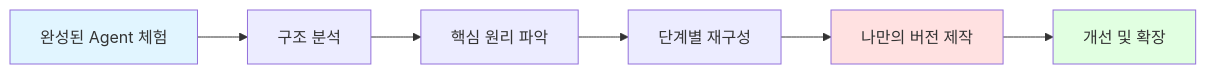
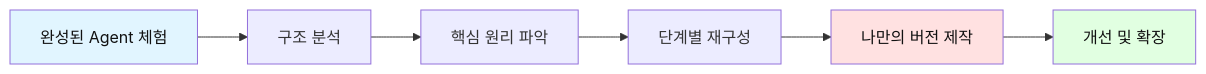
The second of 23 diagrams in documents/6차식/6차시_고등_대화형스토리Agent_역공부.md (Collegenie-X/AIMakerLab_Web), drawn with Mermaid before and after one commit. The commit also changed other lines of this file and 24 other files, not shown here.

````diff
--- a/documents/6차식/6차시_고등_대화형스토리Agent_역공부.md
+++ b/documents/6차식/6차시_고등_대화형스토리Agent_역공부.md
@@ -50,12 +77,12 @@
 ```mermaid
 graph LR
     A[완성된 Agent 체험] --> B[구조 분석]
     B --> C[핵심 원리 파악]
     C --> D[단계별 재구성]
     D --> E[나만의 버전 제작]
     E --> F[개선 및 확장]
     
-    style A fill:#e1f5ff
-    style E fill:#ffe1e1
-    style F fill:#e1ffe1
+    style A fill:#e1f5ff,color:#111
+    style E fill:#ffe1e1,color:#111
+    style F fill:#e1ffe1,color:#111
 ```
````
